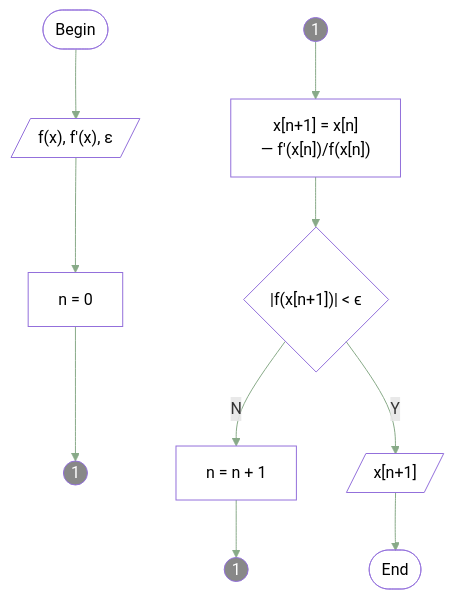
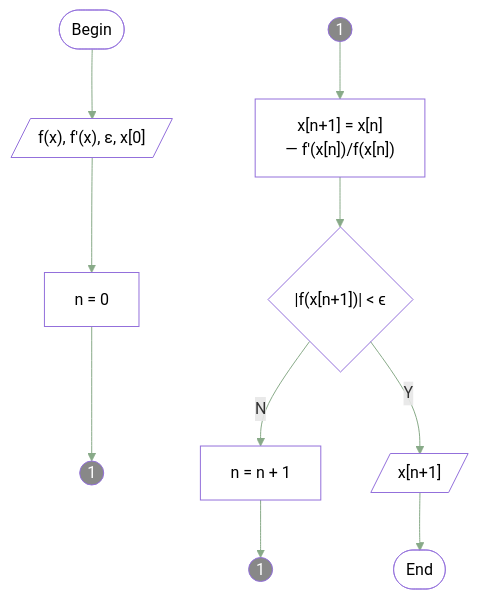
One commit to dudung/plaintext changed the diagram in content/notes/root-finding/newton-raphson-method.md. Above: the diagram before and after it, drawn with Mermaid. The commit also changed other lines of this file, not shown here.

```diff
--- a/content/notes/root-finding/newton-raphson-method.md
+++ b/content/notes/root-finding/newton-raphson-method.md
@@ -28,21 +28,21 @@
 {{< mermaid >}}
 flowchart TD
   B --> I --> P1 --> O1a
   O1b --> P2 --> C --"N"--> P3 --> O1c
   C --"Y"--> O --> E
   O[/"x[n+1]"/]
   C{"|f(x[n+1])| < &varepsilon;"}
   P2["x[n+1] = x[n] <br> &mdash; f'(x[n])/f(x[n])"]
   P1["n = 0"]
   P3["n = n + 1"]
-  I[/"f(x), f'(x), &epsilon;"/]
+  I[/"f(x), f'(x), &epsilon;, x[0]"/]
   O1a(("1")); O1b(("1")); O1c(("1"));
   B(["Begin"])
   E(["End"])
   classDef style1 fill:none, color:inherit
   classDef style2 fill:#888, color:#fff
   class P1,P2,P3,P4 style1
   class I,C,O,B,E style1
   class O1a,O1b,O1c, style2
   linkStyle default stroke:#8a8
 {{< /mermaid >}}
```
